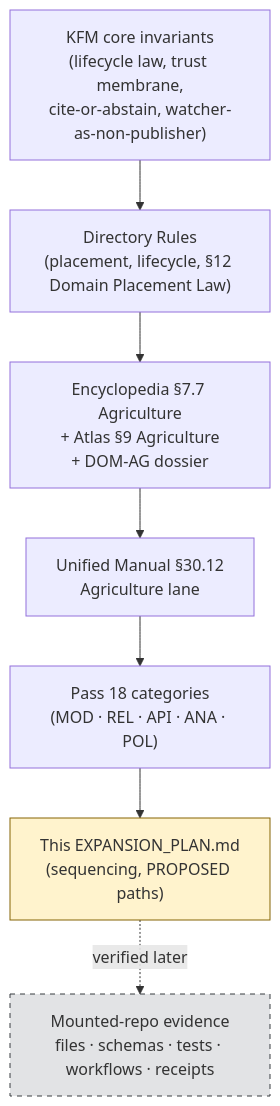
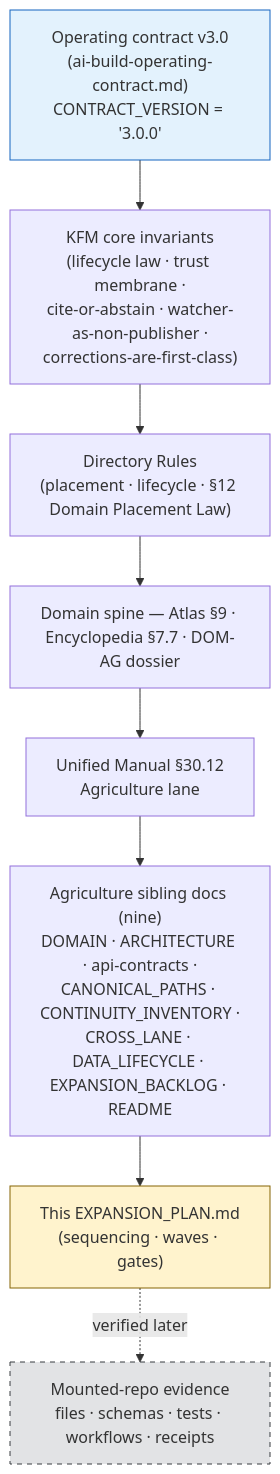
One commit to bartytime4life/Kansas-Frontier-Matrix changed the first of 4 diagrams in docs/domains/agriculture/EXPANSION_PLAN.md. Above: the diagram before and after it, drawn with Mermaid. The commit also changed other lines of this file, not shown here.

````diff
--- a/docs/domains/agriculture/EXPANSION_PLAN.md
+++ b/docs/domains/agriculture/EXPANSION_PLAN.md
@@ -101,11 +145,23 @@
 ```mermaid
 flowchart TD
-    A["KFM core invariants<br/>(lifecycle law, trust membrane,<br/>cite-or-abstain, watcher-as-non-publisher)"] --> B["Directory Rules<br/>(placement, lifecycle, §12 Domain Placement Law)"]
-    B --> C["Encyclopedia §7.7 Agriculture<br/>+ Atlas §9 Agriculture<br/>+ DOM-AG dossier"]
-    C --> D["Unified Manual §30.12<br/>Agriculture lane"]
-    D --> E["Pass 18 categories<br/>(MOD · REL · API · ANA · POL)"]
-    E --> F["This EXPANSION_PLAN.md<br/>(sequencing, PROPOSED paths)"]
-    F -. "verified later" .-> G["Mounted-repo evidence<br/>files · schemas · tests · workflows · receipts"]
+    A0["Operating contract v3.0<br/>(ai-build-operating-contract.md)<br/>CONTRACT_VERSION = '3.0.0'"]
+    A["KFM core invariants<br/>(lifecycle law · trust membrane ·<br/>cite-or-abstain · watcher-as-non-publisher ·<br/>corrections-are-first-class)"]
+    B["Directory Rules<br/>(placement · lifecycle · §12 Domain Placement Law)"]
+    C["Domain spine — Atlas §9 · Encyclopedia §7.7 · DOM-AG dossier"]
+    D["Unified Manual §30.12<br/>Agriculture lane"]
+    E["Agriculture sibling docs (nine)<br/>DOMAIN · ARCHITECTURE · api-contracts ·<br/>CANONICAL_PATHS · CONTINUITY_INVENTORY ·<br/>CROSS_LANE · DATA_LIFECYCLE · EXPANSION_BACKLOG · README"]
+    F["This EXPANSION_PLAN.md<br/>(sequencing · waves · gates)"]
+    G["Mounted-repo evidence<br/>files · schemas · tests · workflows · receipts"]
+
+    A0 --> A
+    A --> B
+    B --> C
+    C --> D
+    D --> E
+    E --> F
+    F -. "verified later" .-> G
+
+    style A0 fill:#e3f2fd,stroke:#1565c0
     style F fill:#fff3cd,stroke:#856404
     style G fill:#e2e3e5,stroke:#383d41,stroke-dasharray: 5 5
 ```
````
